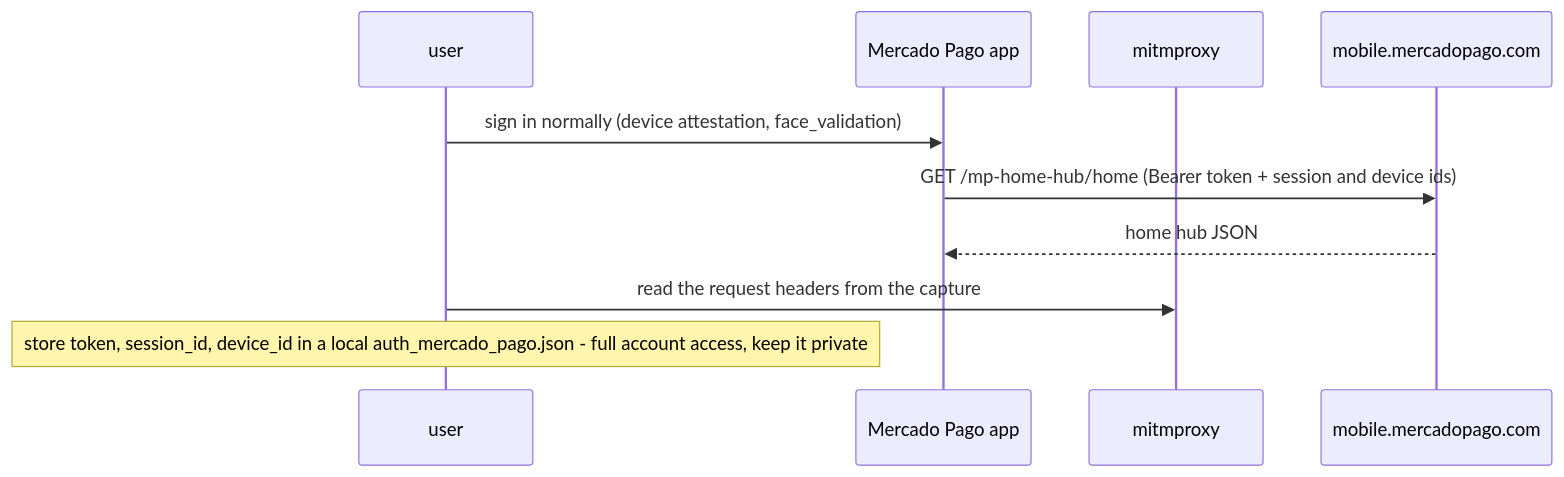
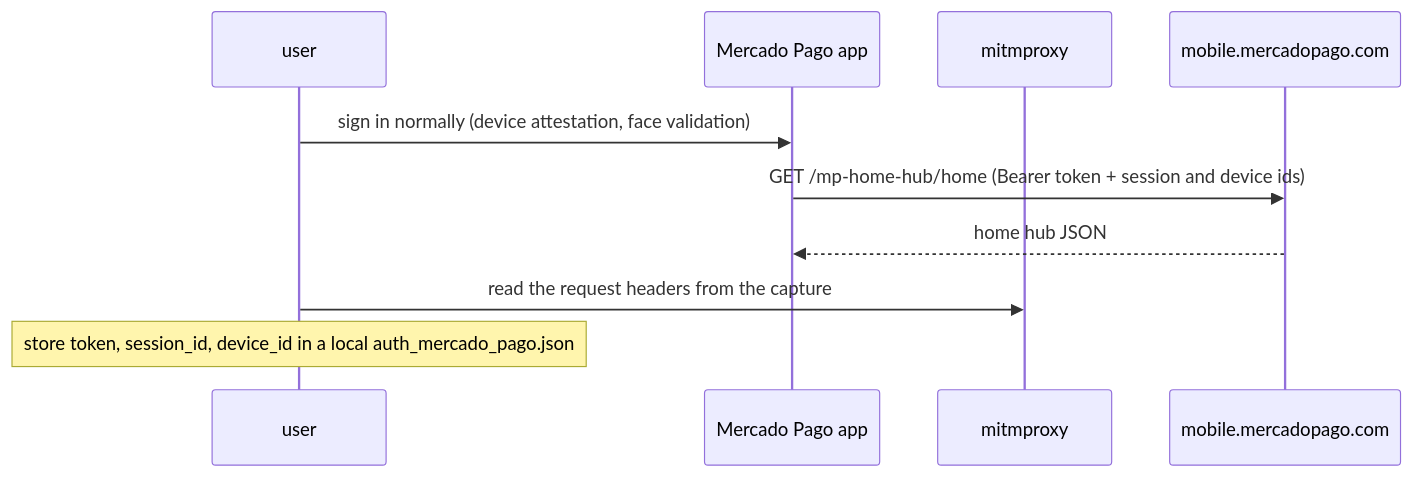
The first of 2 diagrams in docs/flows/mercado_pago.md (PaoloReyes/finscraper-mx), drawn with Mermaid before and after one commit. The commit also changed other lines of this file and 8 other files, not shown here.

Commit message:
docs/flows: one structure across providers; fix Klar mermaid

````diff
--- a/docs/flows/mercado_pago.md
+++ b/docs/flows/mercado_pago.md
@@ -22,13 +15,13 @@
 ```mermaid
 sequenceDiagram
   participant U as user
   participant A as Mercado Pago app
   participant M as mitmproxy
   participant S as mobile.mercadopago.com
 
-  U->>A: sign in normally (device attestation, face_validation)
-  A->>S: GET /mp-home-hub/home  (Bearer token + session and device ids)
+  U->>A: sign in normally (device attestation, face validation)
+  A->>S: GET /mp-home-hub/home (Bearer token + session and device ids)
   S-->>A: home hub JSON
   U->>M: read the request headers from the capture
-  Note over U: store token, session_id, device_id in a local auth_mercado_pago.json - full account access, keep it private
+  Note over U: store token, session_id, device_id in a local auth_mercado_pago.json
 ```
````
